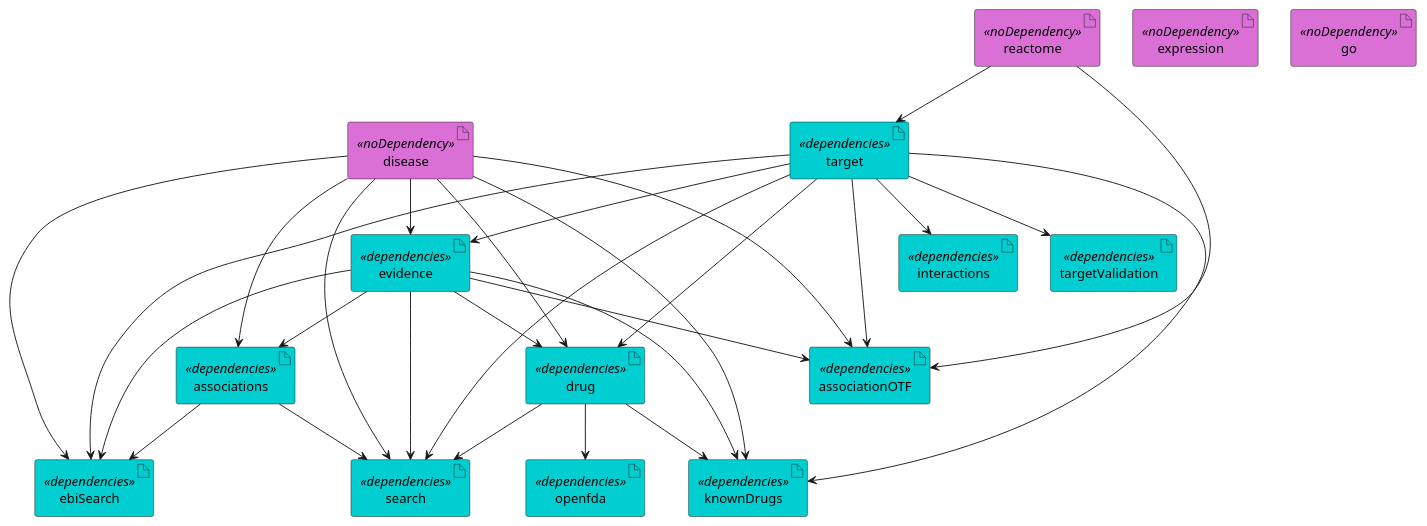
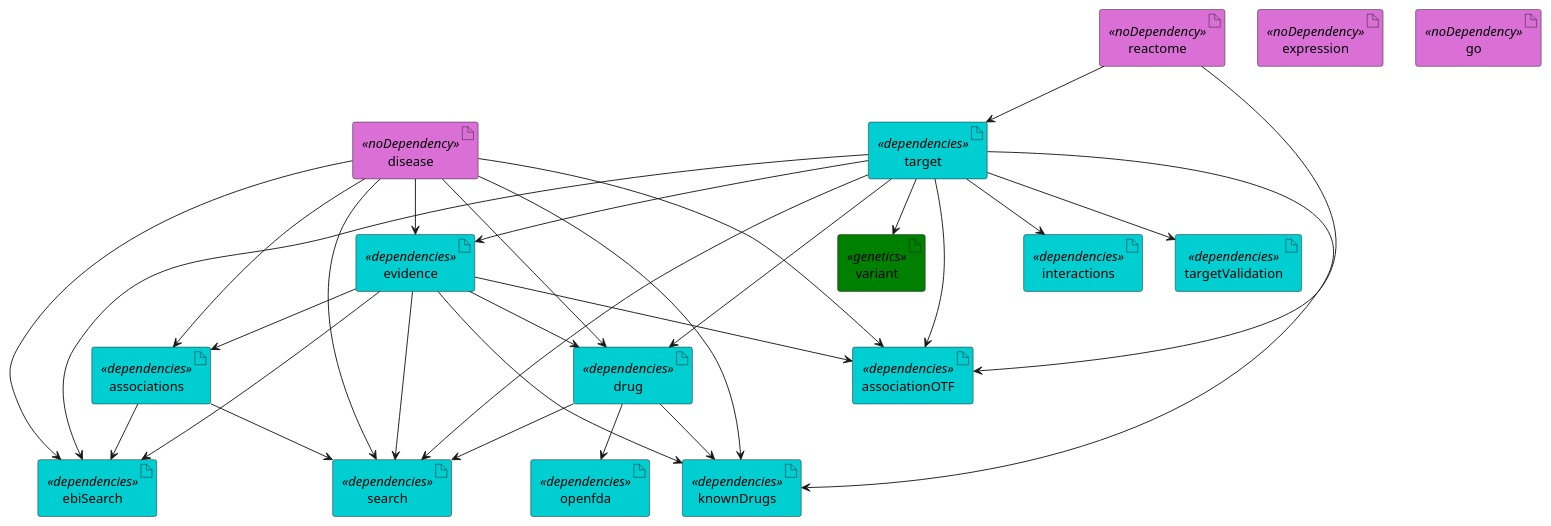
The diagram in documentation/etl_current.puml (opentargets/platform-etl-backend), drawn with PlantUML before and after one commit. The commit also changed 2 other files, not shown here.

Commit message:
Add documentation for Variant step.

```diff
--- a/documentation/etl_current.puml
+++ b/documentation/etl_current.puml
@@ -1,65 +1,69 @@
 @startuml
 skinparam interface {
     backgroundColor<<input>> darkblue
     backgroundColor<<output>> cyan
 }
 skinparam artifact {
      backgroundColor<<noDependency>> orchid
      backgroundColor<<dependencies>> darkturquoise
+     backgroundColor<<genetics>> green
  }
 ' steps
 artifact associations <<dependencies>>
 artifact associationOTF <<dependencies>>
 artifact disease <<noDependency>>
 artifact drug <<dependencies>>
 artifact evidence <<dependencies>>
 artifact expression <<noDependency>>
 artifact go <<noDependency>>
 artifact interactions <<dependencies>>
 artifact knownDrugs <<dependencies>>
 artifact targetValidation<<dependencies>>
 artifact reactome <<noDependency>>
 artifact search <<dependencies>>
 artifact target <<dependencies>>
 artifact openfda <<dependencies>>
 artifact ebiSearch <<dependencies>>
+
+artifact variant <<genetics>>
 
 reactome --> target
 
 evidence --> associations
 disease --> associations
 
 reactome --> associationOTF
 evidence --> associationOTF
 disease --> associationOTF
 target --> associationOTF
 
 target --> drug
 disease --> drug
 evidence --> drug
 target --> evidence
 disease --> evidence
 
 evidence --> knownDrugs
 disease --> knownDrugs
 target --> knownDrugs
 drug --> knownDrugs
 
 evidence --> search
 disease --> search
 target --> search
 drug --> search
 associations --> search
 
 target --> interactions
+target --> variant
 
 target --> targetValidation
 
 drug --> openfda
 
 disease --> ebiSearch
 target --> ebiSearch
 evidence --> ebiSearch
 associations --> ebiSearch
 
 @enduml
```
